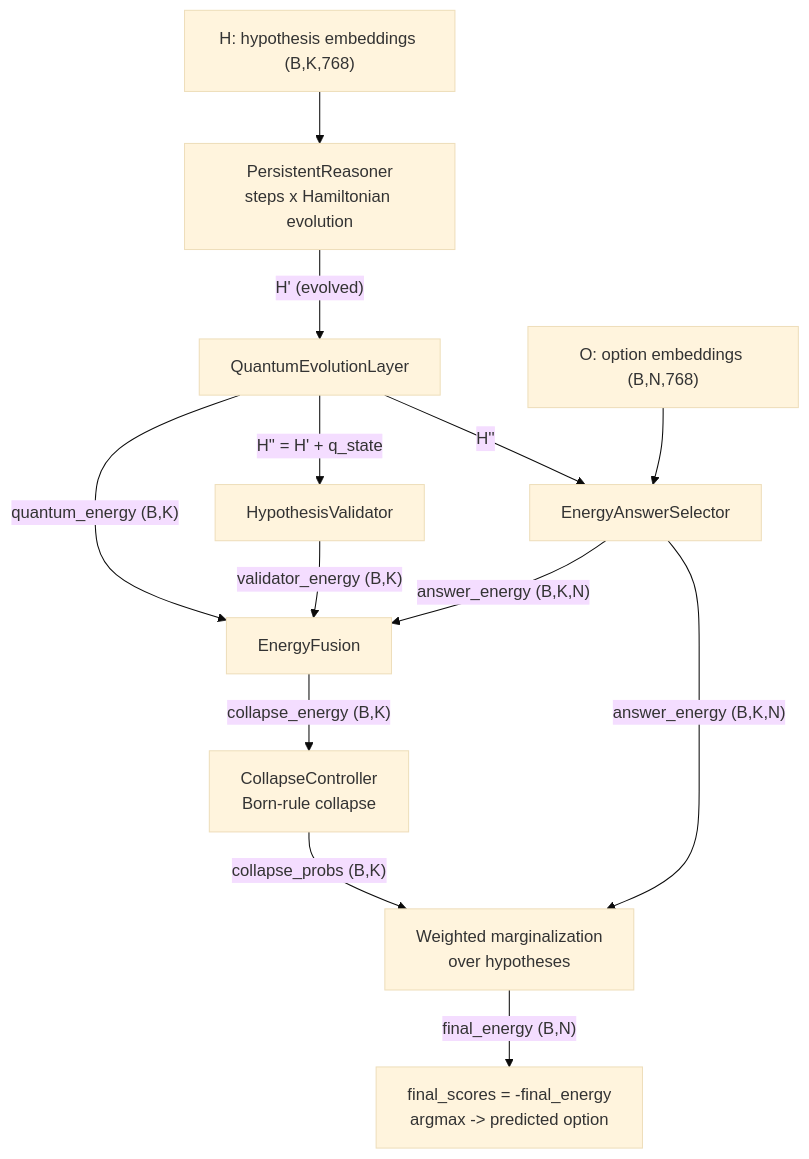
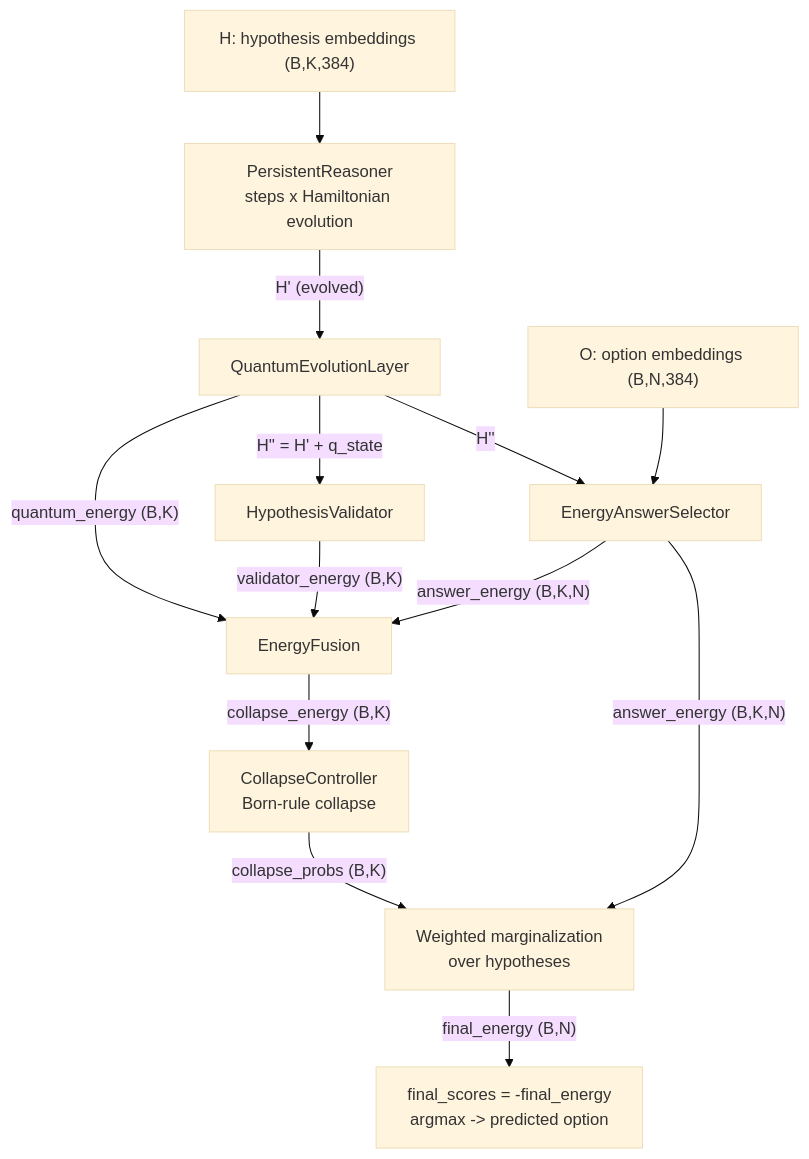
One commit to Thorfast191/qAIR-CSE499B changed the third of 7 diagrams in README.md. Above: the diagram before and after it, drawn with Mermaid (base theme). The commit also changed other lines of this file and 6 other files, not shown here.

````diff
--- a/README.md
+++ b/README.md
@@ -137,15 +139,15 @@
 ```mermaid
 flowchart TD
-    H["H: hypothesis embeddings (B,K,768)"] --> PR["PersistentReasoner<br/>steps x Hamiltonian evolution"]
+    H["H: hypothesis embeddings (B,K,384)"] --> PR["PersistentReasoner<br/>steps x Hamiltonian evolution"]
     PR -->|"H' (evolved)"| QL["QuantumEvolutionLayer"]
     QL -->|"quantum_energy (B,K)"| FUS
     QL -->|"H'' = H' + q_state"| VAL["HypothesisValidator"]
     QL -->|"H''"| SEL["EnergyAnswerSelector"]
-    O["O: option embeddings (B,N,768)"] --> SEL
+    O["O: option embeddings (B,N,384)"] --> SEL
     VAL -->|"validator_energy (B,K)"| FUS["EnergyFusion"]
     SEL -->|"answer_energy (B,K,N)"| FUS
     SEL -->|"answer_energy (B,K,N)"| MARG["Weighted marginalization<br/>over hypotheses"]
     FUS -->|"collapse_energy (B,K)"| COL["CollapseController<br/>Born-rule collapse"]
     COL -->|"collapse_probs (B,K)"| MARG
     MARG -->|"final_energy (B,N)"| SCORE["final_scores = -final_energy<br/>argmax -> predicted option"]
 ```
````
